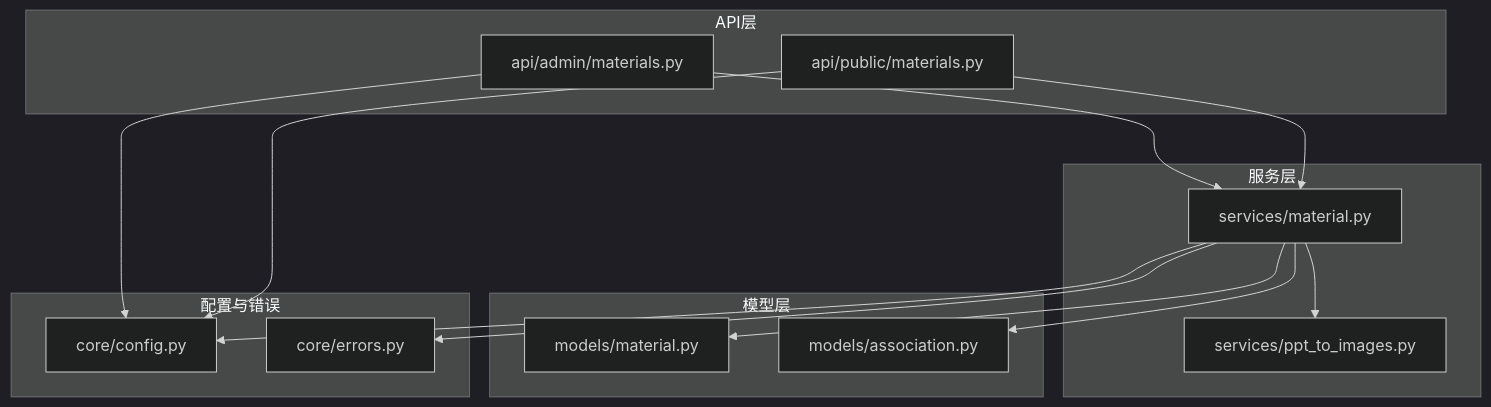
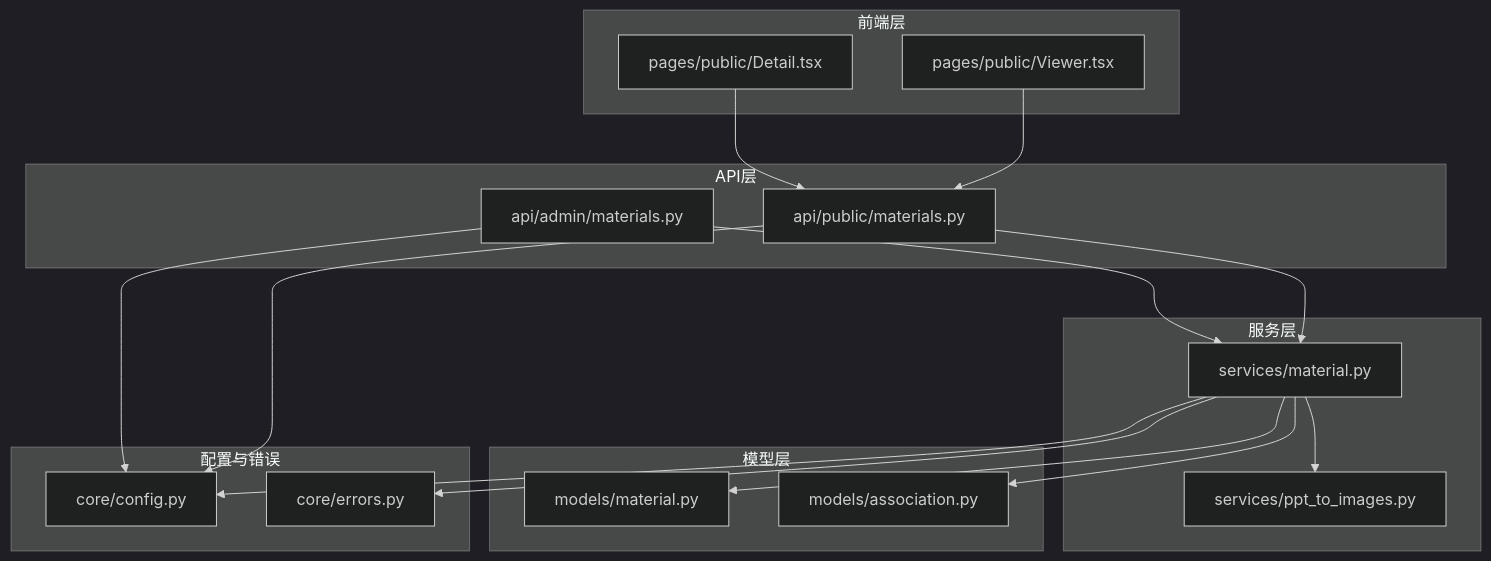
One commit to leo21cn/ai-learning-hub changed the first of 7 diagrams in .qoder/repowiki/zh/content/后端开发指南/数据模型设计/素材模型(Material).md. Above: the diagram before and after it, drawn with Mermaid (dark theme). The commit also changed other lines of this file and 41 other files, not shown here.

````diff
--- a/.qoder/repowiki/zh/content/后端开发指南/数据模型设计/素材模型(Material).md
+++ b/.qoder/repowiki/zh/content/后端开发指南/数据模型设计/素材模型(Material).md
@@ -47,28 +58,34 @@
 ```mermaid
 graph TB
 subgraph "模型层"
 M["models/material.py"]
 A["models/association.py"]
 end
 subgraph "服务层"
 S["services/material.py"]
 P["services/ppt_to_images.py"]
 end
 subgraph "API层"
 AM["api/admin/materials.py"]
 PM["api/public/materials.py"]
 end
+subgraph "前端层"
+FD["pages/public/Detail.tsx"]
+FV["pages/public/Viewer.tsx"]
+end
 subgraph "配置与错误"
 C["core/config.py"]
 E["core/errors.py"]
 end
 AM --> S
 PM --> S
 S --> M
 S --> P
 S --> A
 AM --> C
 PM --> C
 S --> C
 S --> E
+FD --> PM
+FV --> PM
 ```
````
